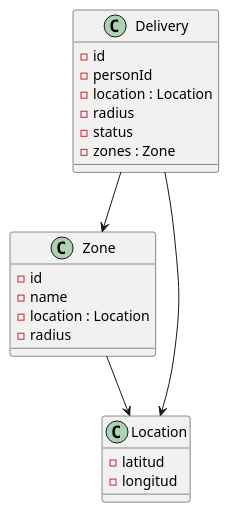
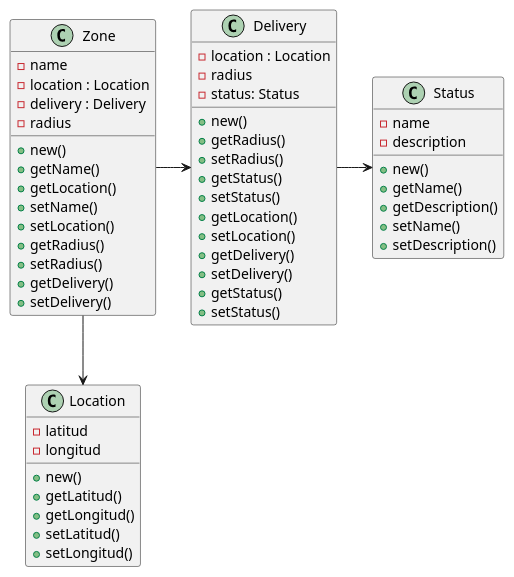
The first of 2 diagrams in Diagramas/diagramas.plantuml (ciggyx/PedidoYa-Zona), drawn with PlantUML before and after one commit. The commit also changed other lines of this file, not shown here.

Commit message:
Diagrama de clase modificado

```diff
--- a/Diagramas/diagramas.plantuml
+++ b/Diagramas/diagramas.plantuml
@@ -1,26 +1,58 @@
 @startuml Diagrama_de_clases_zona
+
 class Zone{
-    - id
     - name
     - location : Location
+    - delivery : Delivery
     - radius
+    + new()
+    + getName()
+    + getLocation()
+    + setName()
+    + setLocation()
+    + getRadius()
+    + setRadius()
+    + getDelivery()
+    + setDelivery()
 }
-
 class Delivery{
-    - id
-    - personId
     - location : Location
     - radius
-    - status
-    - zones : Zone
+    - status: Status
+    + new()
+    + getRadius()
+    + setRadius()
+    + getStatus()
+    + setStatus()
+    + getLocation()
+    + setLocation()
+    + getDelivery()
+    + setDelivery()
+    + getStatus()
+    + setStatus()
 }
-
 class Location{
     - latitud
     - longitud
+    + new()
+    + getLatitud()
+    + getLongitud()
+    + setLatitud()
+    + setLongitud()
+}
+
+class Status{
+    - name
+    - description
+    + new()
+    + getName()
+    + getDescription()
+    + setName()
+    + setDescription()
+
 }
 
 Zone --> Location
-Delivery --> Location
-Delivery --> Zone
+Zone -> Delivery
+Delivery -> Status
 @enduml
```
